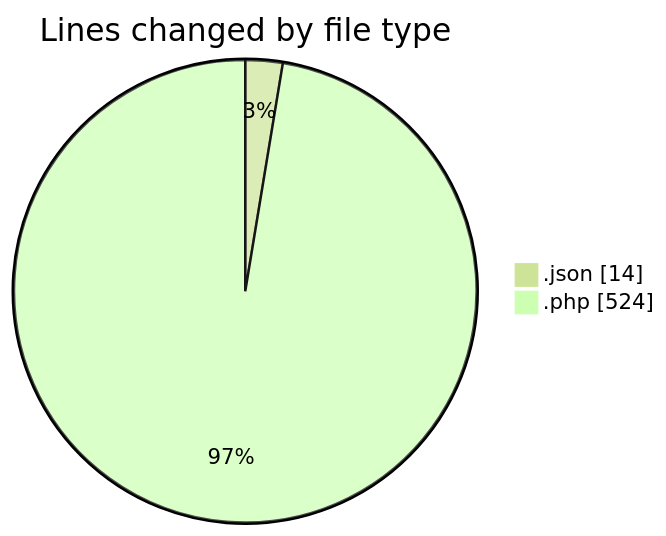
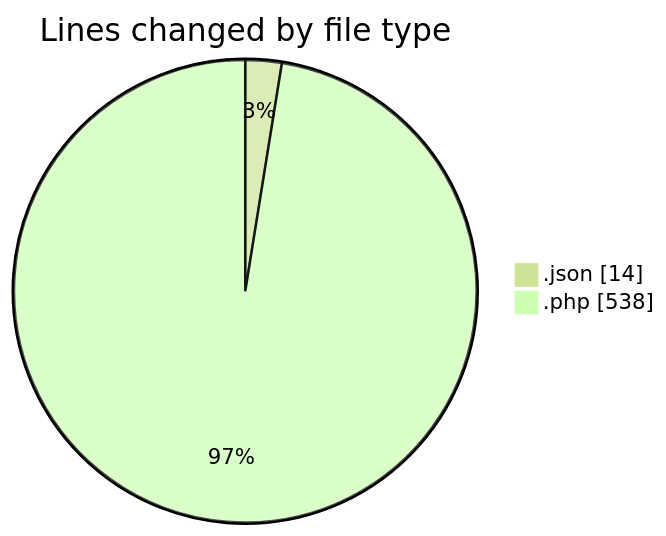
One commit to debugP/code-tracking changed the first of 2 diagrams in 2026-07-27/untitled__workspace_/README.md. Above: the diagram before and after it, drawn with Mermaid (forest theme). The commit also changed other lines of this file and 1 other file, not shown here.

````diff
--- a/2026-07-27/untitled__workspace_/README.md
+++ b/2026-07-27/untitled__workspace_/README.md
@@ -22,6 +22,6 @@
 ```mermaid
 pie showData
 title Lines changed by file type
 ".json" : 14
-".php" : 524
+".php" : 538
 ```
````
